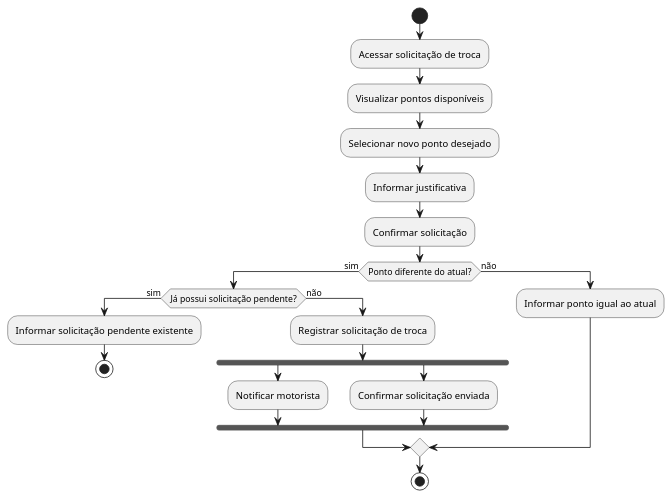
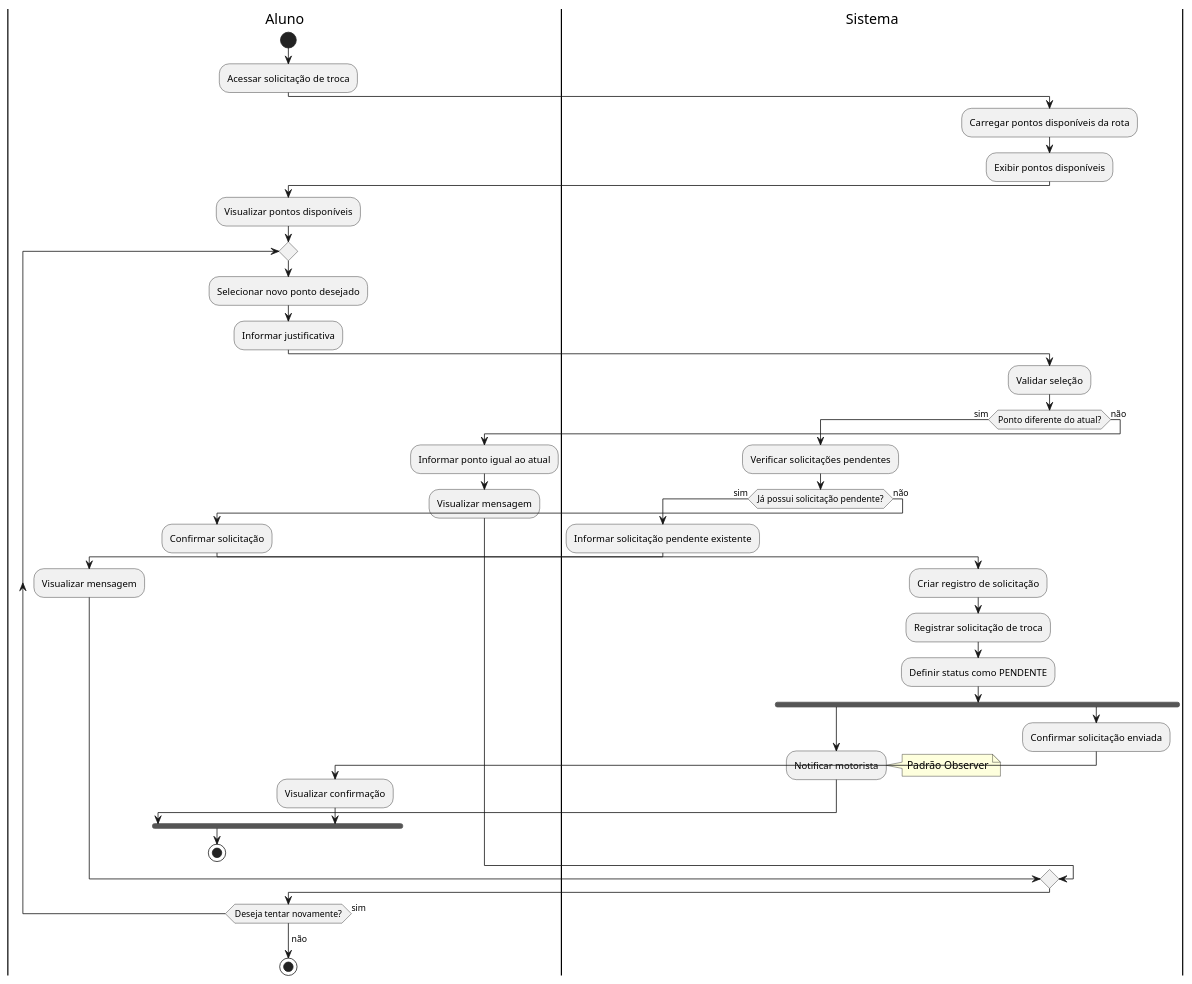
One commit to viniciusdias2902/modelagem_uml changed the diagram in atividades/Caso_14_Atividade.puml. Above: the diagram before and after it, drawn with PlantUML. The commit also changed 32 other files, not shown here.

Commit message:
Correção dos diagramas de atividade

```diff
--- a/atividades/Caso_14_Atividade.puml
+++ b/atividades/Caso_14_Atividade.puml
@@ -1,24 +1,66 @@
 @startuml
+|Aluno|
 start
 :Acessar solicitação de troca;
+
+|Sistema|
+:Carregar pontos disponíveis da rota;
+:Exibir pontos disponíveis;
+
+|Aluno|
 :Visualizar pontos disponíveis;
-:Selecionar novo ponto desejado;
-:Informar justificativa;
-:Confirmar solicitação;
-if (Ponto diferente do atual?) then (sim)
-  if (Já possui solicitação pendente?) then (sim)
-    :Informar solicitação pendente existente;
-    stop
+
+repeat
+  |Aluno|
+  :Selecionar novo ponto desejado;
+  :Informar justificativa;
+  
+  |Sistema|
+  :Validar seleção;
+  
+  if (Ponto diferente do atual?) then (sim)
+    :Verificar solicitações pendentes;
+    
+    if (Já possui solicitação pendente?) then (sim)
+      :Informar solicitação pendente existente;
+      
+      |Aluno|
+      :Visualizar mensagem;
+    else (não)
+      |Aluno|
+      :Confirmar solicitação;
+      
+      |Sistema|
+      :Criar registro de solicitação;
+      :Registrar solicitação de troca;
+      :Definir status como PENDENTE;
+      
+      fork
+        |Sistema|
+        :Notificar motorista;
+        note right: Padrão Observer
+      fork again
+        |Sistema|
+        :Confirmar solicitação enviada;
+        
+        |Aluno|
+        :Visualizar confirmação;
+      end fork
+      
+      |Aluno|
+      stop
+    endif
   else (não)
-    :Registrar solicitação de troca;
-    fork
-      :Notificar motorista;
-    fork again
-      :Confirmar solicitação enviada;
-    end fork
+    :Informar ponto igual ao atual;
+    
+    |Aluno|
+    :Visualizar mensagem;
   endif
-else (não)
-  :Informar ponto igual ao atual;
-endif
+  
+  |Aluno|
+repeat while (Deseja tentar novamente?) is (sim)
+->não;
+
+|Aluno|
 stop
 @enduml
```
